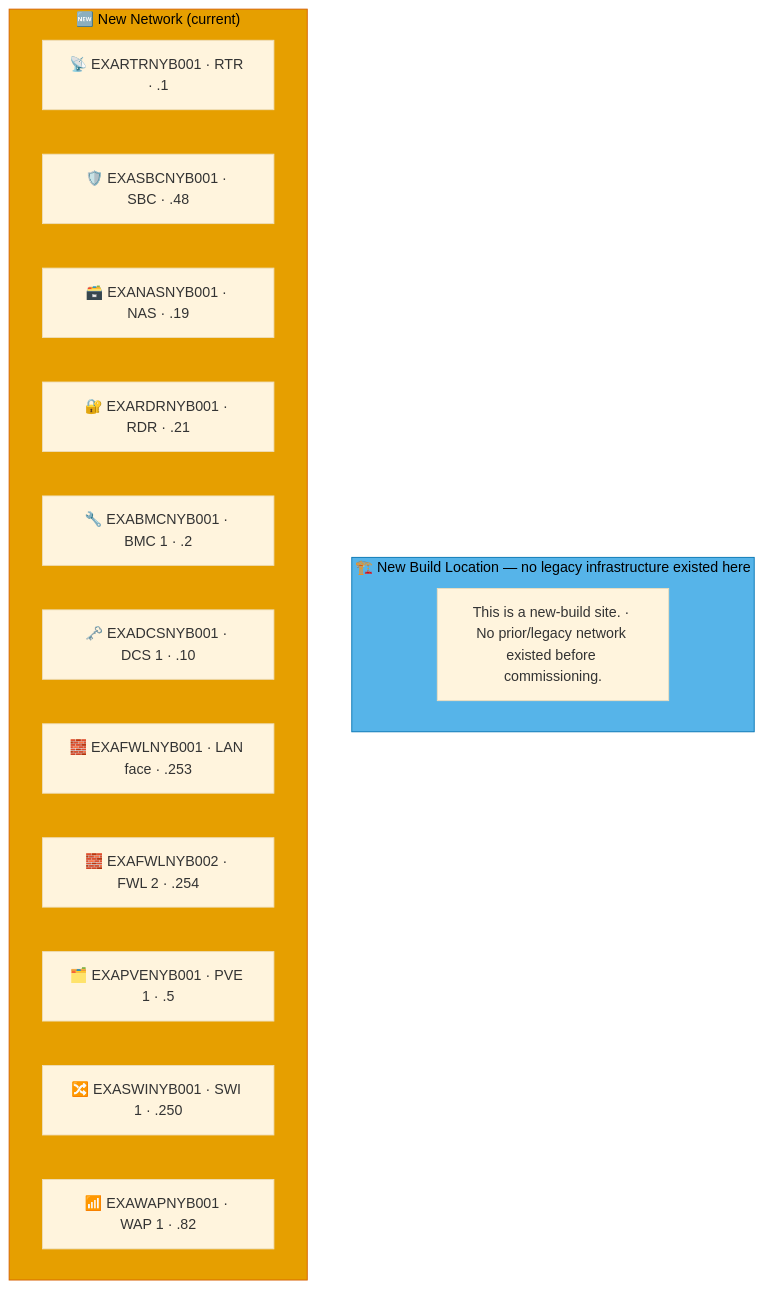
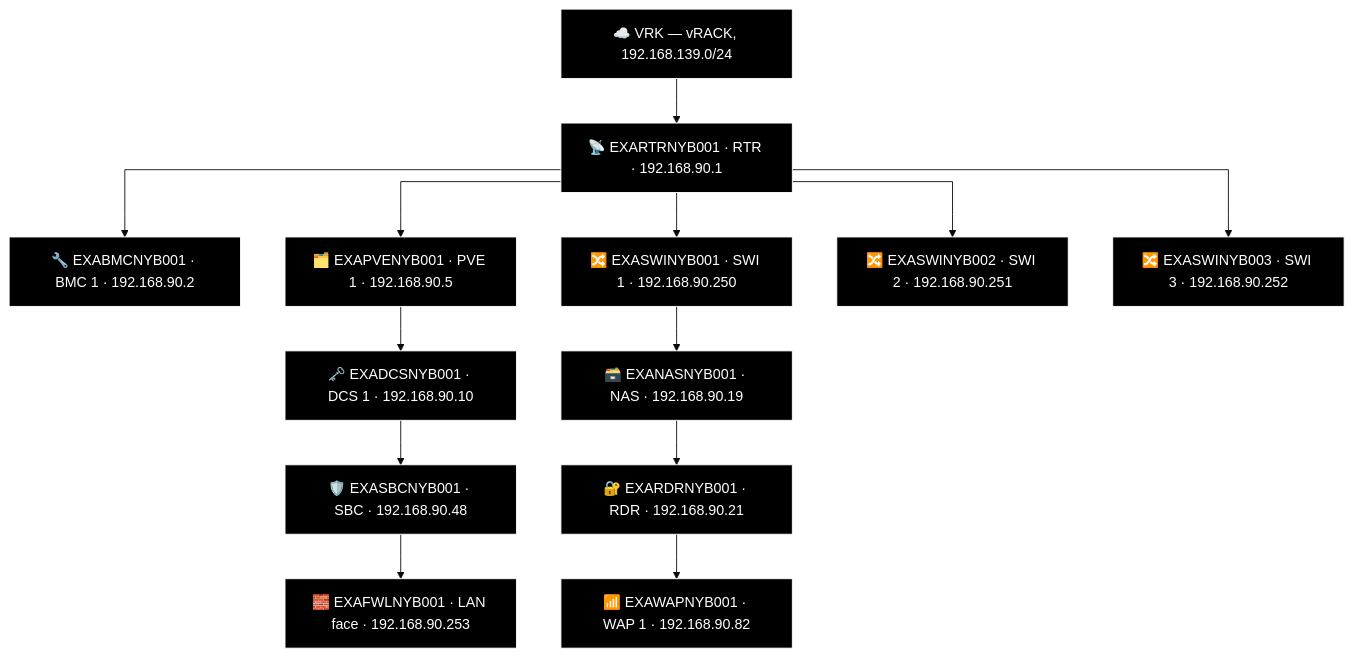
Before and after one commit to knightmare2600/example_music_infra: diagram 18 of 18 in docs/network-diagram/danmark.md, drawn with Mermaid (base theme). The commit also changed other lines of this file and 35 other files, not shown here.

````diff
--- a/docs/network-diagram/danmark.md
+++ b/docs/network-diagram/danmark.md
@@ -465,23 +652,40 @@
 ```mermaid
+%% GENERATED:TOPOLOGY:NYB:START
+%%{init: {'flowchart': {'curve': 'stepAfter'}}}%%
 graph TD
-    subgraph OLD_NYB ["🏗️ New Build Location — no legacy infrastructure existed here"]
-      N_OLD_NOTE["This is a new-build site. · No prior/legacy network existed before commissioning."]
-    end
-    style OLD_NYB fill:#56B4E9,stroke:#0072B2,color:#000000
-    %% GENERATED:NEW-NETWORK:NYB:START
-    subgraph NEW_NYB ["🆕 New Network (current)"]
-      N_RTR["📡 EXARTRNYB001 · RTR · .1"]
-      N_SBC["🛡️ EXASBCNYB001 · SBC · .48"]
-      N_NAS["🗃️ EXANASNYB001 · NAS · .19"]
-      N_RDR["🔐 EXARDRNYB001 · RDR · .21"]
-      N_BMC["🔧 EXABMCNYB001 · BMC 1 · .2"]
-      N_DCS["🗝️ EXADCSNYB001 · DCS 1 · .10"]
-      N_FWL["🧱 EXAFWLNYB001 · LAN face · .253"]
-      N_FWL2["🧱 EXAFWLNYB002 · FWL 2 · .254"]
-      N_PVE["🗂️ EXAPVENYB001 · PVE 1 · .5"]
-      N_SWI["🔀 EXASWINYB001 · SWI 1 · .250"]
-      N_WAP["📶 EXAWAPNYB001 · WAP 1 · .82"]
-    end
-    style NEW_NYB fill:#E69F00,stroke:#D55E00,color:#000000
-    %% GENERATED:NEW-NETWORK:NYB:END
+    T_VRK["☁️ VRK — vRACK, 192.168.139.0/24"]
+    T_RTR["📡 EXARTRNYB001 · RTR · 192.168.90.1"]
+    T_VRK --> T_RTR
+    T_BMC["🔧 EXABMCNYB001 · BMC 1 · 192.168.90.2"]
+    T_RTR --> T_BMC
+    T_PVE["🗂️ EXAPVENYB001 · PVE 1 · 192.168.90.5"]
+    T_RTR --> T_PVE
+    T_SWI["🔀 EXASWINYB001 · SWI 1 · 192.168.90.250"]
+    T_RTR --> T_SWI
+    T_SWI2["🔀 EXASWINYB002 · SWI 2 · 192.168.90.251"]
+    T_RTR --> T_SWI2
+    T_SWI3["🔀 EXASWINYB003 · SWI 3 · 192.168.90.252"]
+    T_RTR --> T_SWI3
+    T_NAS["🗃️ EXANASNYB001 · NAS · 192.168.90.19"]
+    T_RDR["🔐 EXARDRNYB001 · RDR · 192.168.90.21"]
+    T_WAP["📶 EXAWAPNYB001 · WAP 1 · 192.168.90.82"]
+    T_SWI --> T_NAS --> T_RDR --> T_WAP
+    T_DCS["🗝️ EXADCSNYB001 · DCS 1 · 192.168.90.10"]
+    T_SBC["🛡️ EXASBCNYB001 · SBC · 192.168.90.48"]
+    T_FWL["🧱 EXAFWLNYB001 · LAN face · 192.168.90.253"]
+    T_PVE --> T_DCS --> T_SBC --> T_FWL
+    style T_VRK fill:#000000,stroke:#FFFFFF,color:#FFFFFF
+    style T_RTR fill:#000000,stroke:#FFFFFF,color:#FFFFFF
+    style T_BMC fill:#000000,stroke:#FFFFFF,color:#FFFFFF
+    style T_PVE fill:#000000,stroke:#FFFFFF,color:#FFFFFF
+    style T_SWI fill:#000000,stroke:#FFFFFF,color:#FFFFFF
+    style T_SWI2 fill:#000000,stroke:#FFFFFF,color:#FFFFFF
+    style T_SWI3 fill:#000000,stroke:#FFFFFF,color:#FFFFFF
+    style T_NAS fill:#000000,stroke:#FFFFFF,color:#FFFFFF
+    style T_RDR fill:#000000,stroke:#FFFFFF,color:#FFFFFF
+    style T_WAP fill:#000000,stroke:#FFFFFF,color:#FFFFFF
+    style T_DCS fill:#000000,stroke:#FFFFFF,color:#FFFFFF
+    style T_SBC fill:#000000,stroke:#FFFFFF,color:#FFFFFF
+    style T_FWL fill:#000000,stroke:#FFFFFF,color:#FFFFFF
+%% GENERATED:TOPOLOGY:NYB:END
 ```
````
